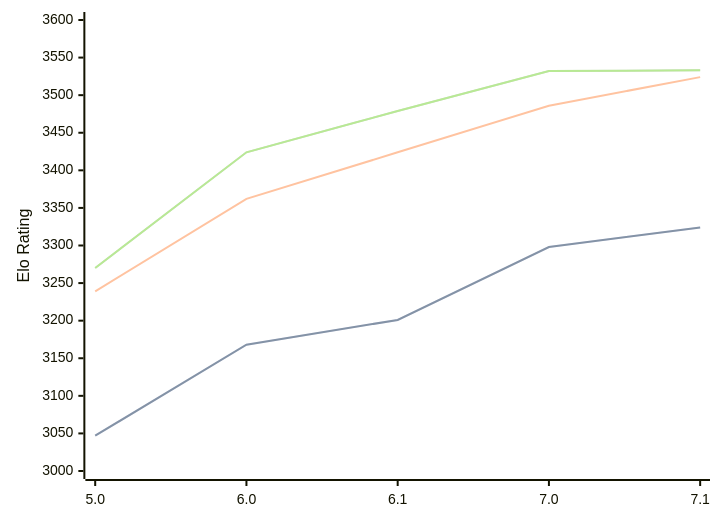
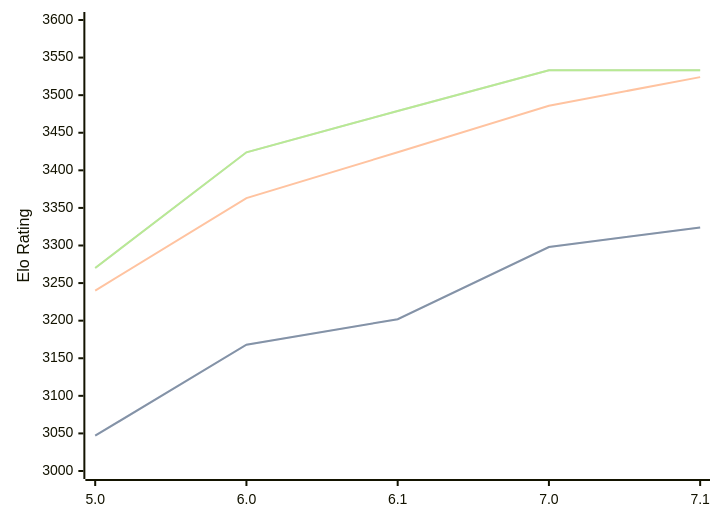
The diagram in engines/PZChessBot.md (computer-chess-index/cci), drawn with Mermaid before and after one commit. The commit also changed other lines of this file, not shown here.

Commit message:
Update CCI Ratings (ELO VLTC) - 2026-09-02

````diff
--- a/engines/PZChessBot.md
+++ b/engines/PZChessBot.md
@@ -35,11 +35,11 @@
 ```mermaid
 %%{init: {"theme":"base","themeVariables":{"seriesColors:['#a3a3a3','#222221','#faa371']}}}%%
 xychart-beta
   x-axis ["5.0", "6.0", "6.1", "7.0", "7.1"]
   y-axis "Elo Rating" 3000 --> 3600
-  line "" [3047, 3168, 3201, 3298, 3324]
-  line "STC (8.0+0.08s)" [3047, 3168, 3201, 3298, 3324]
-  line "LTC (60.0+0.60s)" [3239, 3362, 3424, 3486, 3524]
-  line "" [3270, 3424, 3479, 3532, 3533]
-  line "VLTC (2m24s+1.12s)" [3270, 3424, 3479, 3532, 3533]
+  line "" [3047, 3168, 3202, 3298, 3324]
+  line "STC (8.0+0.08s)" [3047, 3168, 3202, 3298, 3324]
+  line "LTC (60.0+0.60s)" [3240, 3363, 3424, 3486, 3524]
+  line "" [3270, 3424, 3479, 3533, 3533]
+  line "VLTC (2m24s+1.12s)" [3270, 3424, 3479, 3533, 3533]
 ```
````
